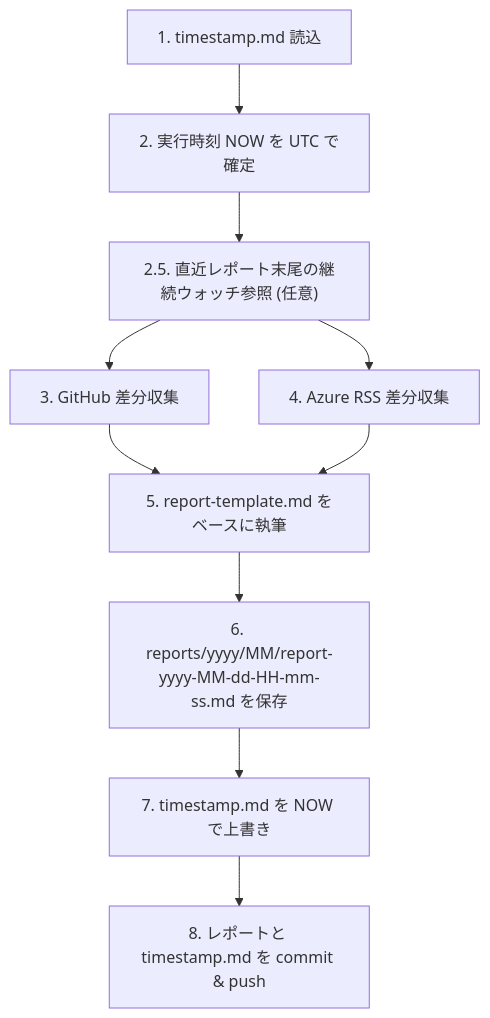
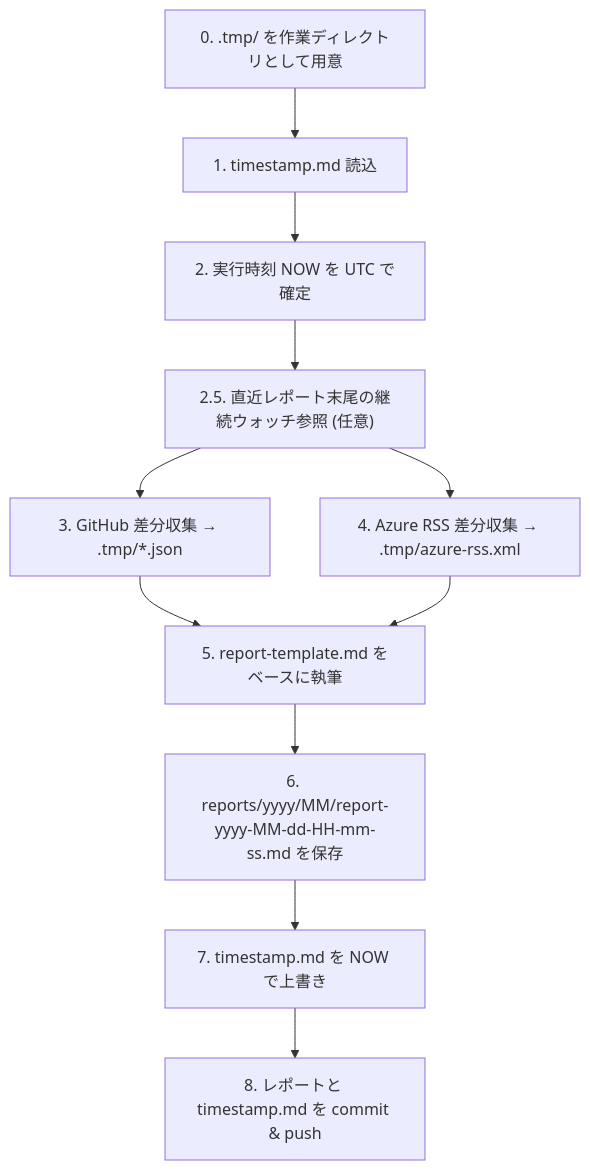
Before and after one commit to runceel/daily-check: the diagram in .github/skills/daily-check-report/SKILL.md, drawn with Mermaid. The commit also changed other lines of this file and 1 other file, not shown here.

First line of the commit message:
Use .tmp/ for skill intermediate files and gitignore it

````diff
--- a/.github/skills/daily-check-report/SKILL.md
+++ b/.github/skills/daily-check-report/SKILL.md
@@ -32,12 +32,13 @@
 ```mermaid
 flowchart TD
+    A0[0. .tmp/ を作業ディレクトリとして用意] --> A
     A[1. timestamp.md 読込] --> B[2. 実行時刻 NOW を UTC で確定]
     B --> B2["2.5. 直近レポート末尾の継続ウォッチ参照 (任意)"]
-    B2 --> C[3. GitHub 差分収集]
-    B2 --> D[4. Azure RSS 差分収集]
+    B2 --> C[3. GitHub 差分収集 → .tmp/*.json]
+    B2 --> D[4. Azure RSS 差分収集 → .tmp/azure-rss.xml]
     C --> E[5. report-template.md をベースに執筆]
     D --> E
     E --> F[6. reports/yyyy/MM/report-yyyy-MM-dd-HH-mm-ss.md を保存]
     F --> G[7. timestamp.md を NOW で上書き]
     G --> H[8. レポートと timestamp.md を commit & push]
 ```
````
